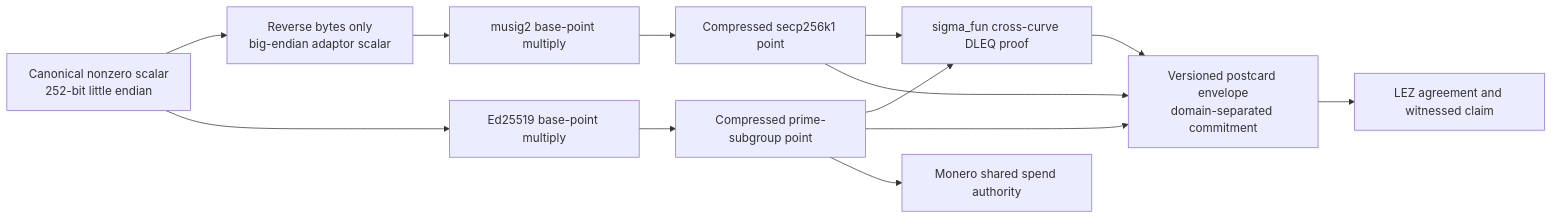
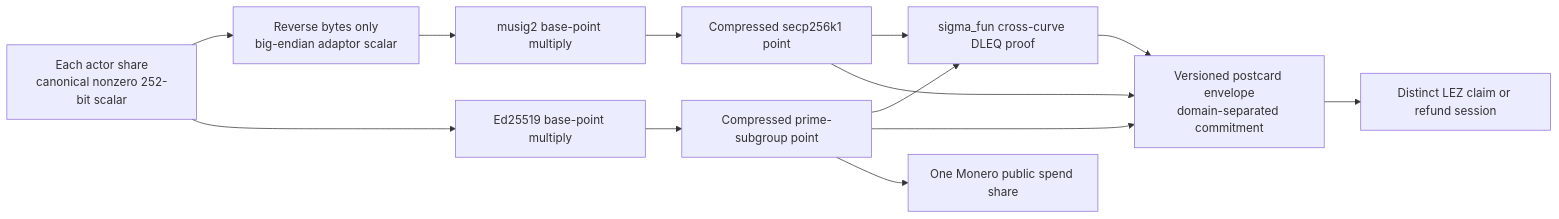
Before and after one commit to gateway-fm/lez-atomic-swaps: the first of 2 diagrams in docs/architecture/0054-bound-xmr-share-to-lez-adaptor-point.md, drawn with Mermaid. The commit also changed other lines of this file and 17 other files, not shown here.

Commit message:
feat(m4): prove symmetric Monero share recovery

````diff
--- a/docs/architecture/0054-bound-xmr-share-to-lez-adaptor-point.md
+++ b/docs/architecture/0054-bound-xmr-share-to-lez-adaptor-point.md
@@ -41,26 +42,26 @@
 ```mermaid
 flowchart LR
-    Scalar["Canonical nonzero scalar<br/>252-bit little endian"]
+    Scalar["Each actor share<br/>canonical nonzero 252-bit scalar"]
     Reverse["Reverse bytes only<br/>big-endian adaptor scalar"]
     Musig["musig2 base-point multiply"]
     Secp["Compressed secp256k1 point"]
     Ed["Ed25519 base-point multiply"]
     EdPoint["Compressed prime-subgroup point"]
     Proof["sigma_fun cross-curve DLEQ proof"]
     Envelope["Versioned postcard envelope<br/>domain-separated commitment"]
-    Lez["LEZ agreement and witnessed claim"]
-    Monero["Monero shared spend authority"]
+    Lez["Distinct LEZ claim or refund session"]
+    Monero["One Monero public spend share"]
 
     Scalar --> Reverse
     Reverse --> Musig
     Musig --> Secp
     Scalar --> Ed
     Ed --> EdPoint
     Secp --> Proof
     EdPoint --> Proof
     Proof --> Envelope
     Secp --> Envelope
     EdPoint --> Envelope
     Envelope --> Lez
     EdPoint --> Monero
 ```
````
